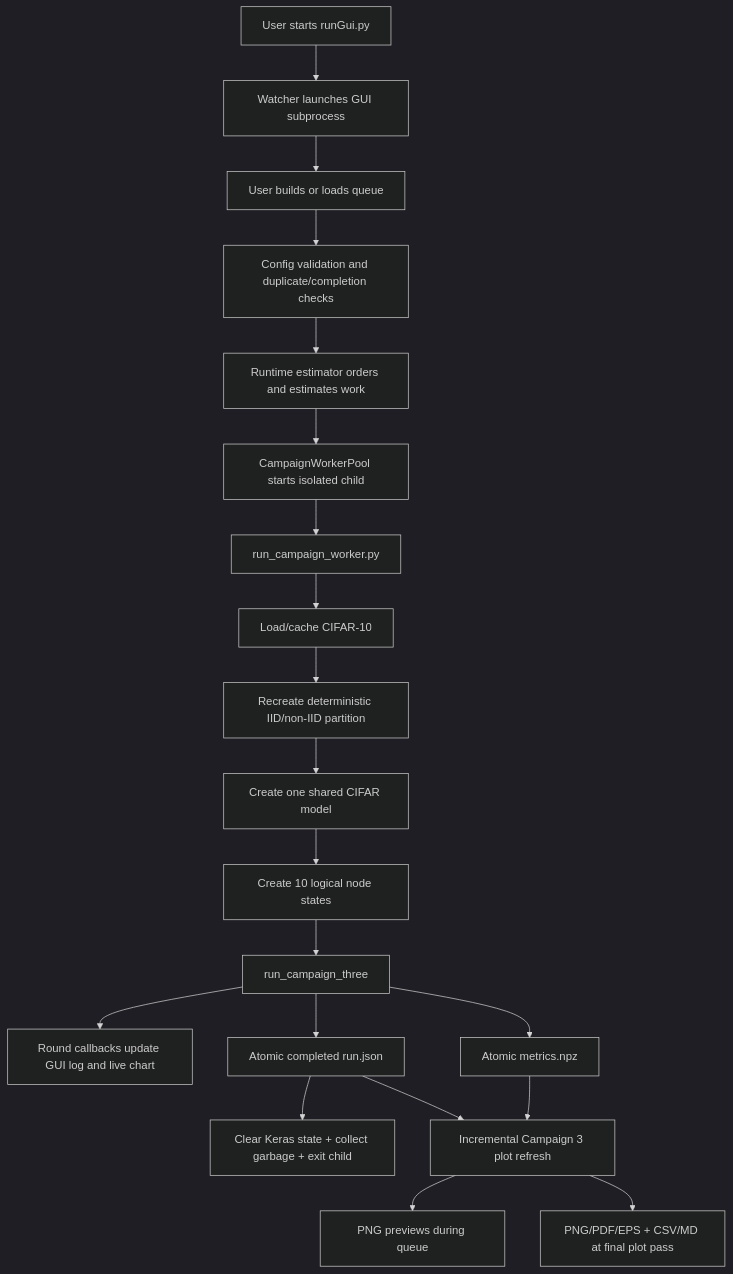
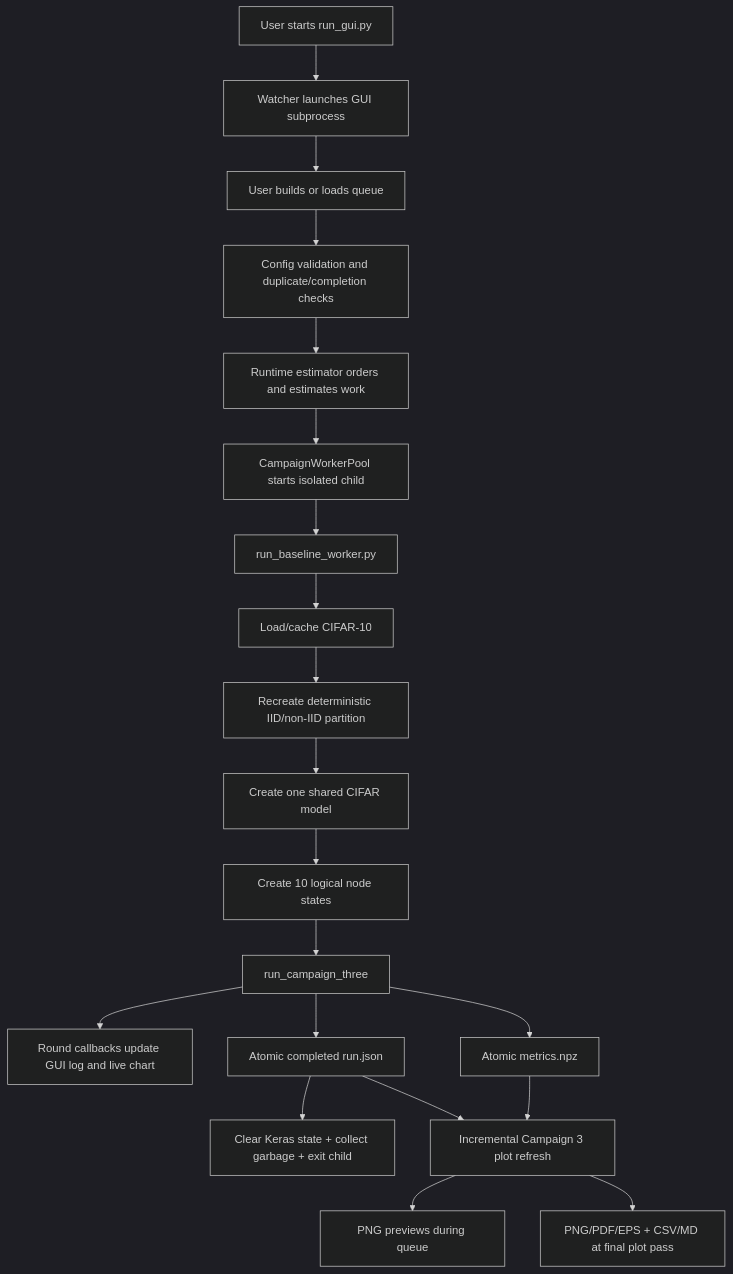
The second of 8 diagrams in docs/GetToKnow.md (Ojaswi03/PaperMerge), drawn with Mermaid (dark theme) before and after one commit. The commit also changed other lines of this file and 2383 other files, not shown here.

````diff
--- a/docs/GetToKnow.md
+++ b/docs/GetToKnow.md
@@ -251,22 +251,22 @@
 ```mermaid
 flowchart TD
-    A["User starts runGui.py"] --> B["Watcher launches GUI subprocess"]
+    A["User starts run_gui.py"] --> B["Watcher launches GUI subprocess"]
     B --> C["User builds or loads queue"]
     C --> D["Config validation and duplicate/completion checks"]
     D --> E["Runtime estimator orders and estimates work"]
     E --> F["CampaignWorkerPool starts isolated child"]
-    F --> G["run_campaign_worker.py"]
+    F --> G["run_baseline_worker.py"]
     G --> H["Load/cache CIFAR-10"]
     H --> I["Recreate deterministic IID/non-IID partition"]
     I --> J["Create one shared CIFAR model"]
     J --> K["Create 10 logical node states"]
     K --> L["run_campaign_three"]
     L --> M["Round callbacks update GUI log and live chart"]
     L --> N["Atomic metrics.npz"]
     L --> O["Atomic completed run.json"]
     O --> P["Clear Keras state + collect garbage + exit child"]
     N --> Q["Incremental Campaign 3 plot refresh"]
     O --> Q
     Q --> R["PNG previews during queue"]
     Q --> S["PNG/PDF/EPS + CSV/MD at final plot pass"]
 ```
````
